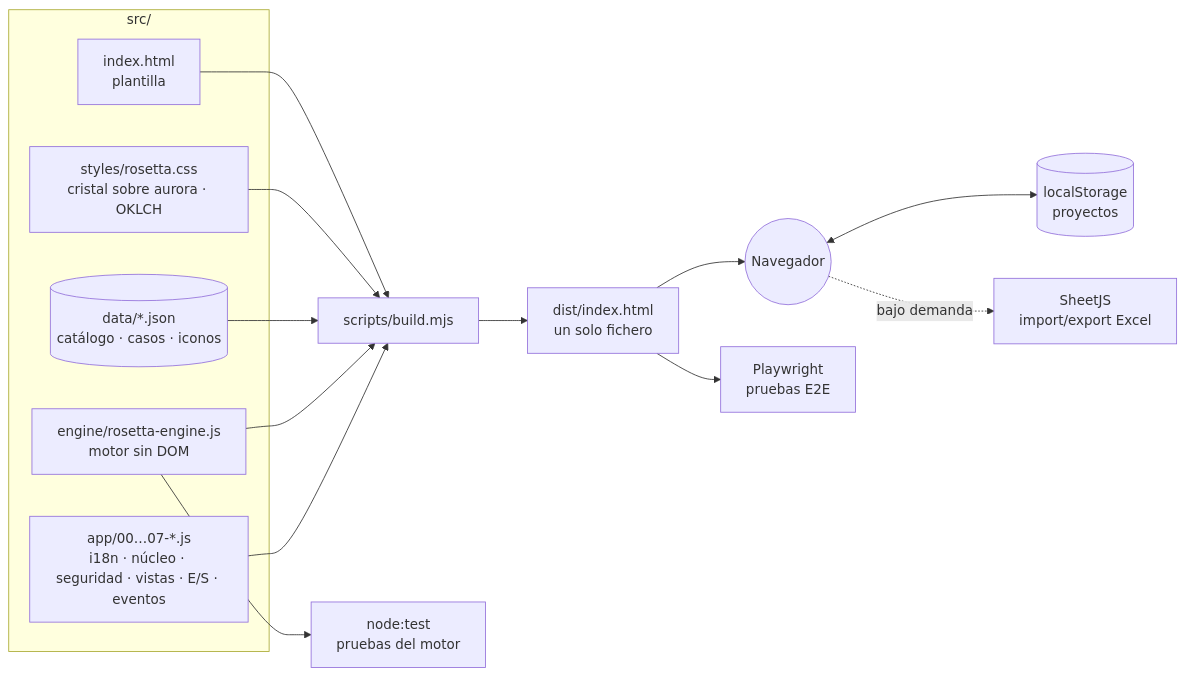
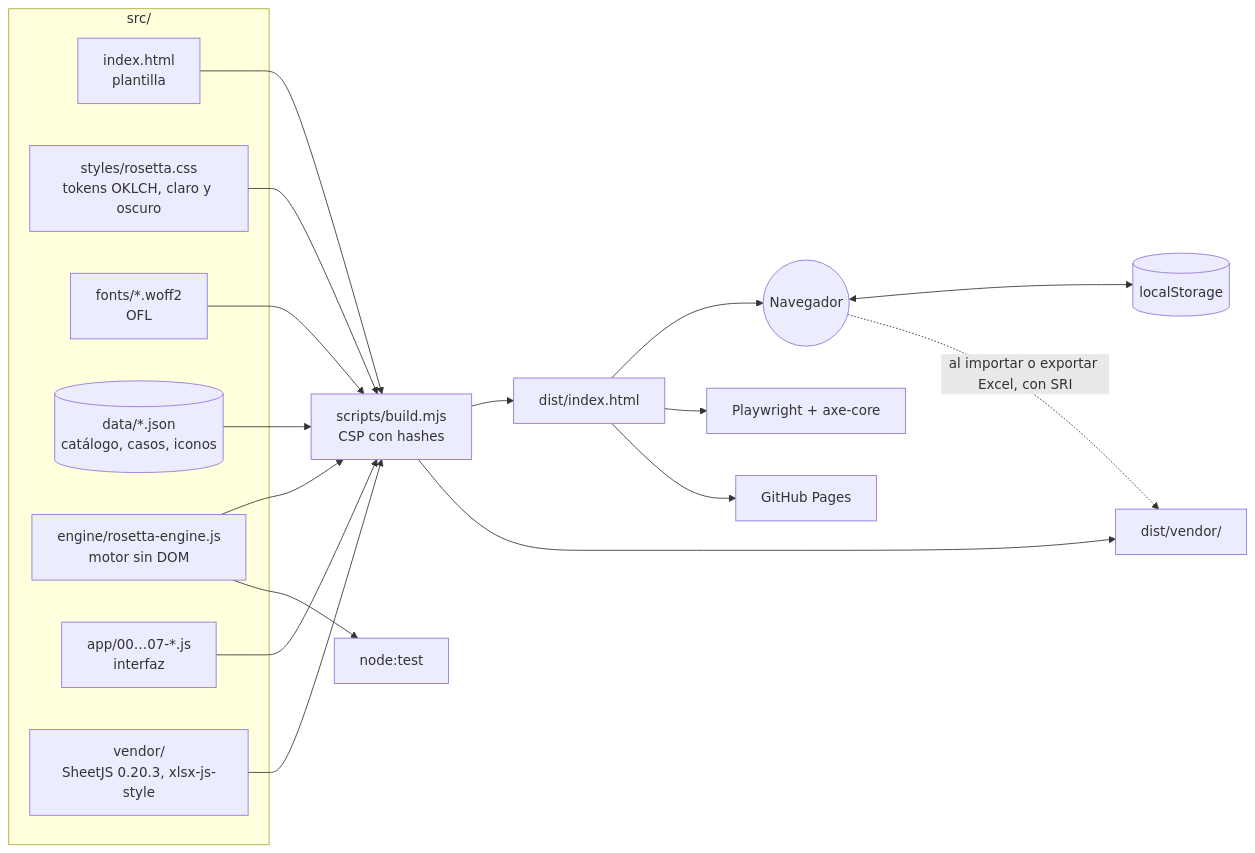
The second of 2 diagrams in README.md (heindall92/rosetta_multinorma), drawn with Mermaid before and after one commit. The commit also changed other lines of this file and 2 other files, not shown here.

````diff
--- a/README.md
+++ b/README.md
@@ -177,17 +187,21 @@
 ```mermaid
 flowchart LR
     subgraph SRC[src/]
       T[index.html<br/>plantilla]
-      C[styles/rosetta.css<br/>cristal sobre aurora · OKLCH]
-      D[(data/*.json<br/>catálogo · casos · iconos)]
+      C[styles/rosetta.css<br/>tokens OKLCH, claro y oscuro]
+      F[fonts/*.woff2<br/>OFL]
+      D[(data/*.json<br/>catálogo, casos, iconos)]
       E[engine/rosetta-engine.js<br/>motor sin DOM]
-      A[app/00…07-*.js<br/>i18n · núcleo · seguridad · vistas · E/S · eventos]
+      A[app/00…07-*.js<br/>interfaz]
+      V[vendor/<br/>SheetJS 0.20.3, xlsx-js-style]
     end
-    T & C & D & E & A --> B[scripts/build.mjs]
-    B --> H[dist/index.html<br/>un solo fichero]
+    T & C & F & D & E & A --> B[scripts/build.mjs<br/>CSP con hashes]
+    B --> H[dist/index.html]
+    V --> B --> VD[dist/vendor/]
     H --> N((Navegador))
-    N <--> LS[(localStorage<br/>proyectos)]
-    N -. bajo demanda .-> X[SheetJS<br/>import/export Excel]
-    E --> TN[node:test<br/>pruebas del motor]
-    H --> PW[Playwright<br/>pruebas E2E]
+    N <--> LS[(localStorage)]
+    N -. al importar o exportar Excel, con SRI .-> VD
+    E --> TN[node:test]
+    H --> PW[Playwright + axe-core]
+    H --> GP[GitHub Pages]
 ```
````
